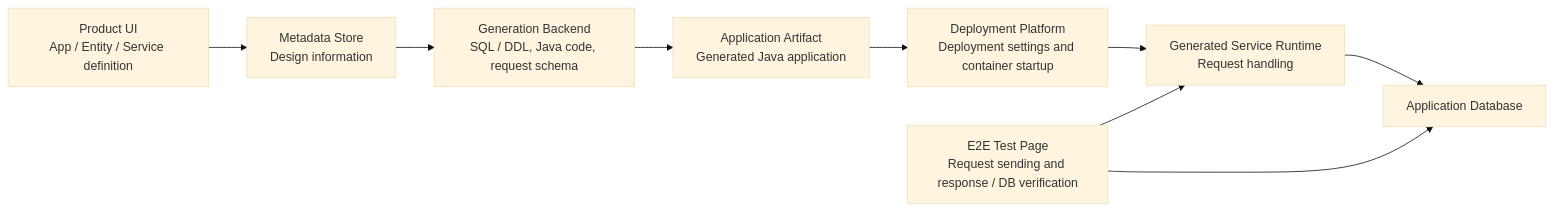
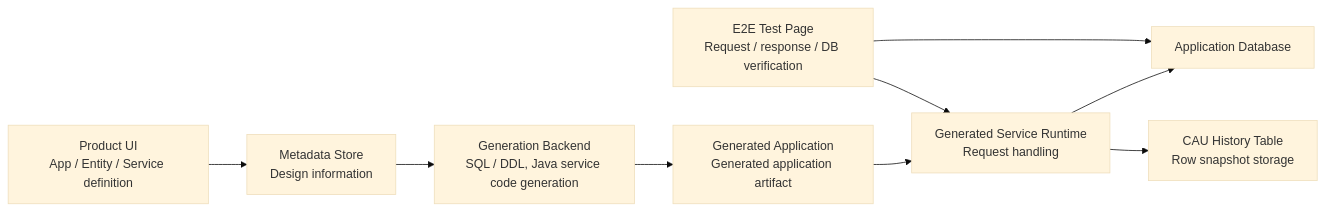
One commit to zmrdltl/portfolio changed the diagram in docs/experience/tmaxcloud.en.md. Above: the diagram before and after it, drawn with Mermaid (base theme). The commit also changed other lines of this file and 13 other files, not shown here.

````diff
--- a/docs/experience/tmaxcloud.en.md
+++ b/docs/experience/tmaxcloud.en.md
@@ -36,20 +27,20 @@
 ```mermaid
 flowchart LR
   ui["Product UI\nApp / Entity / Service definition"]
   metadata["Metadata Store\nDesign information"]
-  generator["Generation Backend\nSQL / DDL, Java code, request schema"]
-  artifact["Application Artifact\nGenerated Java application"]
-  deploy["Deployment Platform\nDeployment settings and container startup"]
+  generator["Generation Backend\nSQL / DDL, Java service code generation"]
+  artifact["Generated Application\nGenerated application artifact"]
   runtime["Generated Service Runtime\nRequest handling"]
   db["Application Database"]
-  test["E2E Test Page\nRequest sending and response / DB verification"]
+  test["E2E Test Page\nRequest / response / DB verification"]
+  history["CAU History Table\nRow snapshot storage"]
 
   ui --> metadata
   metadata --> generator
   generator --> artifact
-  artifact --> deploy
-  deploy --> runtime
+  artifact --> runtime
   runtime --> db
   test --> runtime
   test --> db
+  runtime --> history
 ```
````
